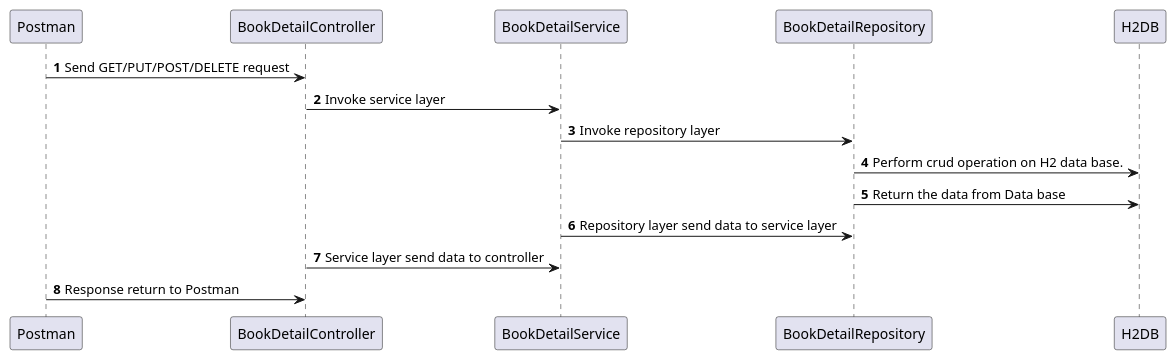
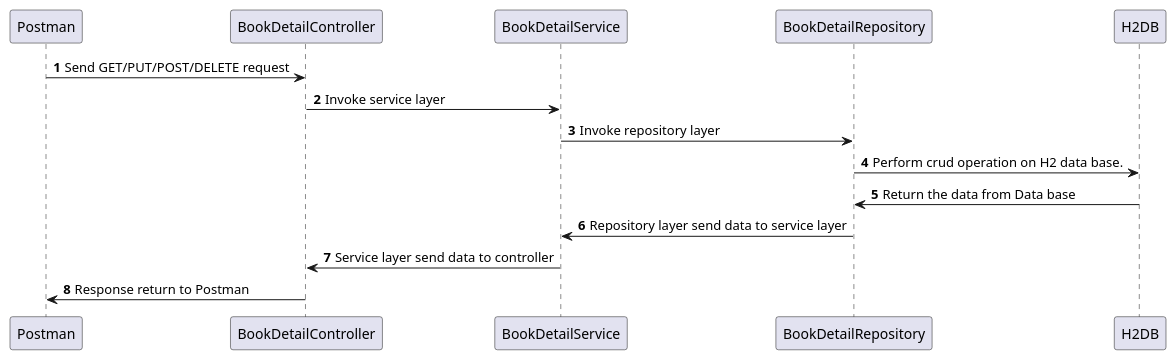
The diagram in src/main/resources/Book-mgt.puml (23021981/book-management), drawn with PlantUML before and after one commit.

Commit message:
Sequence diagram modified

```diff
--- a/src/main/resources/Book-mgt.puml
+++ b/src/main/resources/Book-mgt.puml
@@ -1,16 +1,16 @@
 @startuml
 'https://plantuml.com/sequence-diagram
 
 autonumber
 
 Postman -> BookDetailController: Send GET/PUT/POST/DELETE request
 BookDetailController -> BookDetailService: Invoke service layer
 BookDetailService -> BookDetailRepository: Invoke repository layer
 BookDetailRepository -> H2DB: Perform crud operation on H2 data base.
 
 
-H2DB <- BookDetailRepository: Return the data from Data base
-BookDetailRepository <- BookDetailService: Repository layer send data to service layer
-BookDetailService <- BookDetailController: Service layer send data to controller
-BookDetailController <- Postman: Response return to Postman
+H2DB -> BookDetailRepository: Return the data from Data base
+BookDetailRepository -> BookDetailService: Repository layer send data to service layer
+BookDetailService -> BookDetailController: Service layer send data to controller
+BookDetailController -> Postman: Response return to Postman
 @enduml
```
